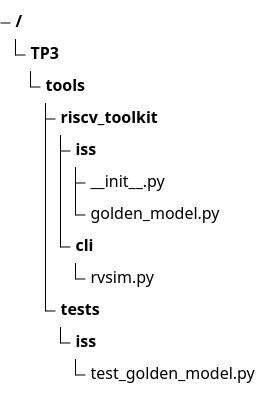
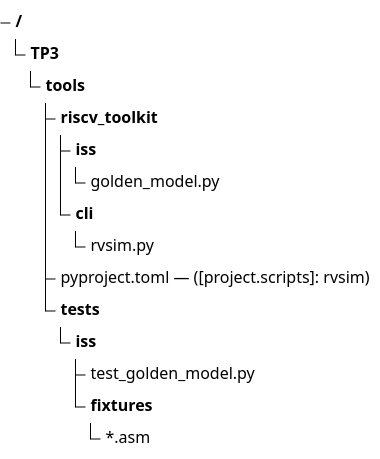
Before and after one commit to nicopinera/tps-arqui: the tenth of 47 diagrams in docs/PRD-pipeline-riscv.md, drawn with Mermaid. The commit also changed other lines of this file and 15 other files, not shown here.

````diff
--- a/docs/PRD-pipeline-riscv.md
+++ b/docs/PRD-pipeline-riscv.md
@@ -783,14 +821,16 @@
 ```mermaid
 treeView-beta
     "TP3/"
         "tools/"
             "riscv_toolkit/"
                 "iss/"
-                    "__init__.py"
                     "golden_model.py"
                 "cli/"
                     "rvsim.py"
+            "pyproject.toml — ([project.scripts]: rvsim)"
             "tests/"
                 "iss/"
                     "test_golden_model.py"
+                    "fixtures/"
+                        "*.asm"
 ```
````
